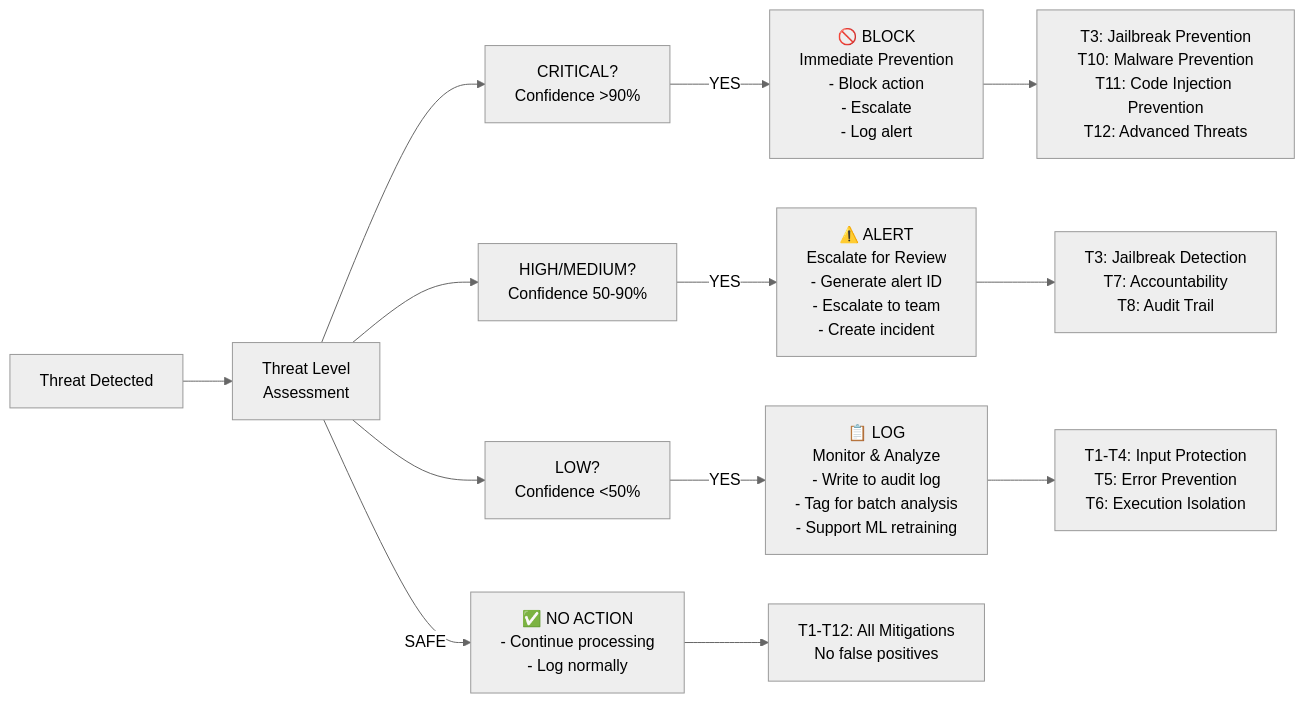
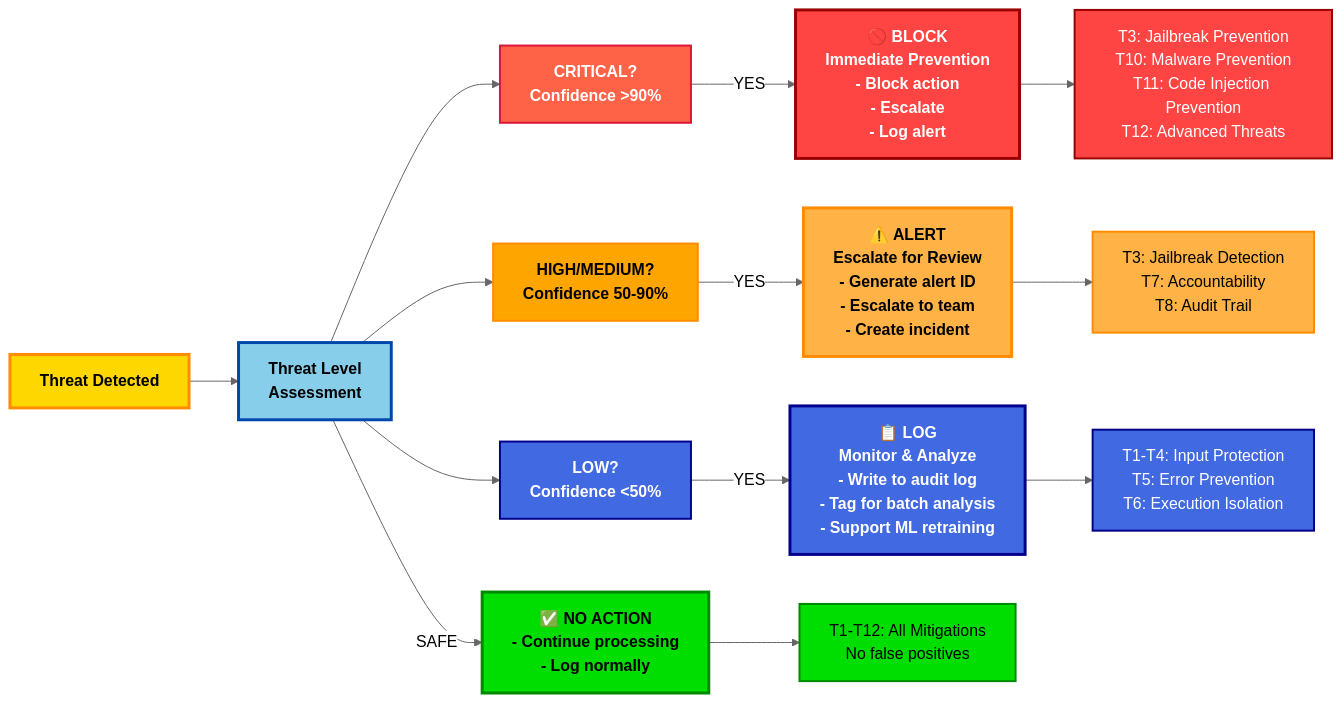
The second of 3 diagrams in README.md (steadhac/ai-threat-analytics-framework), drawn with Mermaid (neutral theme) before and after one commit. The commit also changed other lines of this file, not shown here.

Commit message:
docs: Fix mermaid diagram syntax in Architecture section

````diff
--- a/README.md
+++ b/README.md
@@ -134,23 +134,40 @@
 ``` mermaid
 graph LR
     Threat["Threat Detected"]
     
     Threat --> TLA["Threat Level<br/>Assessment"]
     
     TLA --> CRIT["CRITICAL?<br/>Confidence >90%"]
     TLA --> HIGH["HIGH/MEDIUM?<br/>Confidence 50-90%"]
     TLA --> LOW["LOW?<br/>Confidence <50%"]
     
     CRIT -->|YES| BLOCK["🚫 BLOCK<br/>Immediate Prevention<br/>- Block action<br/>- Escalate<br/>- Log alert"]
     
     HIGH -->|YES| ALERT["⚠️ ALERT<br/>Escalate for Review<br/>- Generate alert ID<br/>- Escalate to team<br/>- Create incident"]
     
     LOW -->|YES| LOGONLY["📋 LOG<br/>Monitor & Analyze<br/>- Write to audit log<br/>- Tag for batch analysis<br/>- Support ML retraining"]
     
     TLA -->|SAFE| NONE["✅ NO ACTION<br/>- Continue processing<br/>- Log normally"]
     
     BLOCK --> VulnMit1["T3: Jailbreak Prevention<br/>T10: Malware Prevention<br/>T11: Code Injection Prevention<br/>T12: Advanced Threats"]
     ALERT --> VulnMit2["T3: Jailbreak Detection<br/>T7: Accountability<br/>T8: Audit Trail"]
     LOGONLY --> VulnMit3["T1-T4: Input Protection<br/>T5: Error Prevention<br/>T6: Execution Isolation"]
     NONE --> VulnMit4["T1-T12: All Mitigations<br/>No false positives"]
+    
+    style Threat fill:#FFD700,stroke:#FF8C00,stroke-width:3px,color:#000,font-weight:bold
+    style TLA fill:#87CEEB,stroke:#0047AB,stroke-width:3px,color:#000,font-weight:bold
+    
+    style CRIT fill:#FF6347,stroke:#DC143C,stroke-width:2px,color:#fff,font-weight:bold
+    style HIGH fill:#FFA500,stroke:#FF8C00,stroke-width:2px,color:#000,font-weight:bold
+    style LOW fill:#4169E1,stroke:#00008B,stroke-width:2px,color:#fff,font-weight:bold
+    
+    style BLOCK fill:#FF4444,stroke:#990000,stroke-width:3px,color:#fff,font-weight:bold
+    style ALERT fill:#FFB347,stroke:#FF8C00,stroke-width:3px,color:#000,font-weight:bold
+    style LOGONLY fill:#4169E1,stroke:#00008B,stroke-width:3px,color:#fff,font-weight:bold
+    style NONE fill:#00DD00,stroke:#008800,stroke-width:3px,color:#000,font-weight:bold
+    
+    style VulnMit1 fill:#FF4444,stroke:#990000,stroke-width:2px,color:#fff
+    style VulnMit2 fill:#FFB347,stroke:#FF8C00,stroke-width:2px,color:#000
+    style VulnMit3 fill:#4169E1,stroke:#00008B,stroke-width:2px,color:#fff
+    style VulnMit4 fill:#00DD00,stroke:#008800,stroke-width:2px,color:#000
 ```
````
